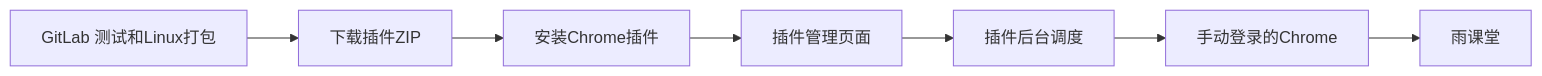
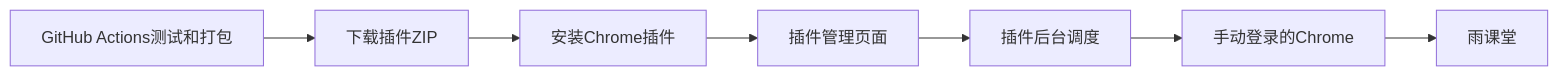
One commit to ivanzqg/ykt-desk changed the first of 2 diagrams in docs/deployment-plan.md. Above: the diagram before and after it, drawn with Mermaid. The commit also changed other lines of this file and 21 other files, not shown here.

Commit message:
Support queued video selection, selected-platform connections and GitHub CI

````diff
--- a/docs/deployment-plan.md
+++ b/docs/deployment-plan.md
@@ -24,9 +24,9 @@
 ```mermaid
 flowchart LR
-  CI[GitLab 测试和Linux打包] --> ZIP[下载插件ZIP]
+  CI[GitHub Actions测试和打包] --> ZIP[下载插件ZIP]
   ZIP --> EXT[安装Chrome插件]
   EXT --> WEB[插件管理页面]
   WEB --> SERVICE[插件后台调度]
   SERVICE --> CHROME[手动登录的Chrome]
   CHROME --> YKT[雨课堂]
 ```
````
